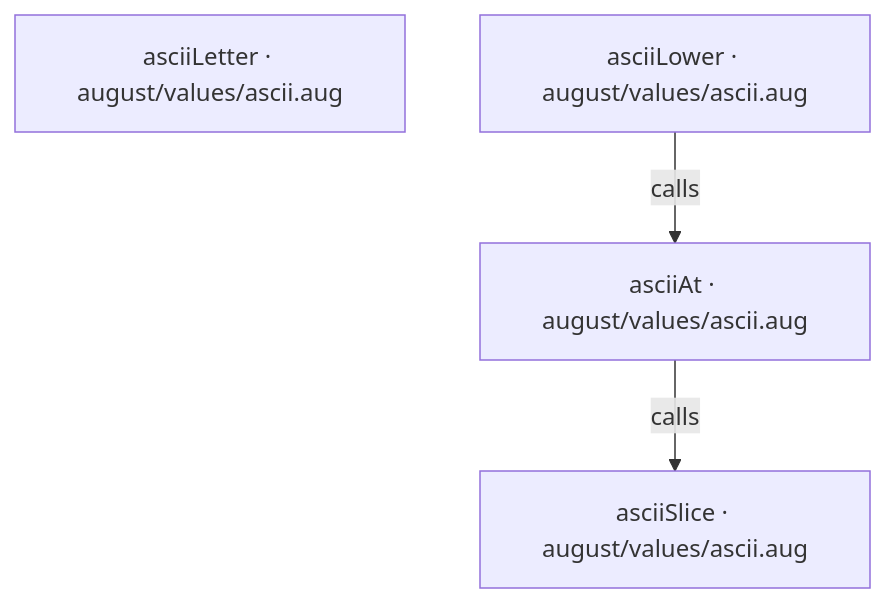
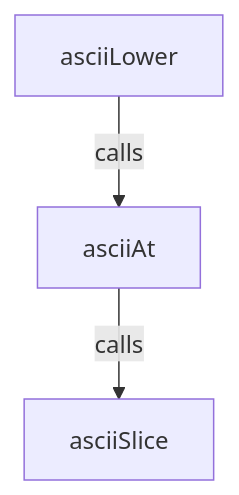
Before and after one commit to GreenPandaStudios/augscript: the first of 5 diagrams in src/stdlib/values/ascii.aug.diagrams.md, drawn with Mermaid. The commit also changed other lines of this file and 524 other files, not shown here.

Commit message:
Explain checked data flow at folder and service levels

````diff
--- a/src/stdlib/values/ascii.aug.diagrams.md
+++ b/src/stdlib/values/ascii.aug.diagrams.md
@@ -13,9 +11,8 @@
 ```mermaid
 flowchart TD
-    n0["asciiAt · august/values/ascii.aug"]
-    n1["asciiLetter · august/values/ascii.aug"]
-    n2["asciiLower · august/values/ascii.aug"]
-    n3["asciiSlice · august/values/ascii.aug"]
-    n0 -->|"calls"| n3
-    n2 -->|"calls"| n0
+    n0["asciiAt"]
+    n1["asciiLower"]
+    n2["asciiSlice"]
+    n0 -->|"calls"| n2
+    n1 -->|"calls"| n0
 ```
````
